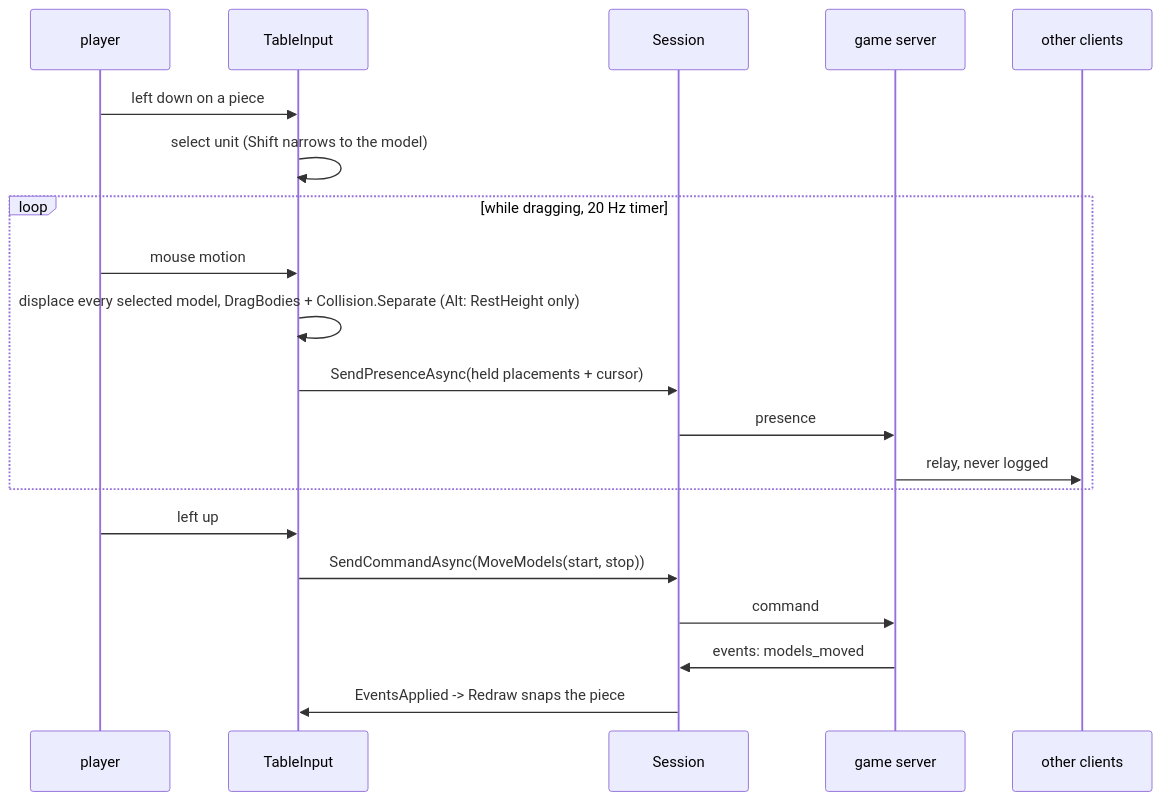
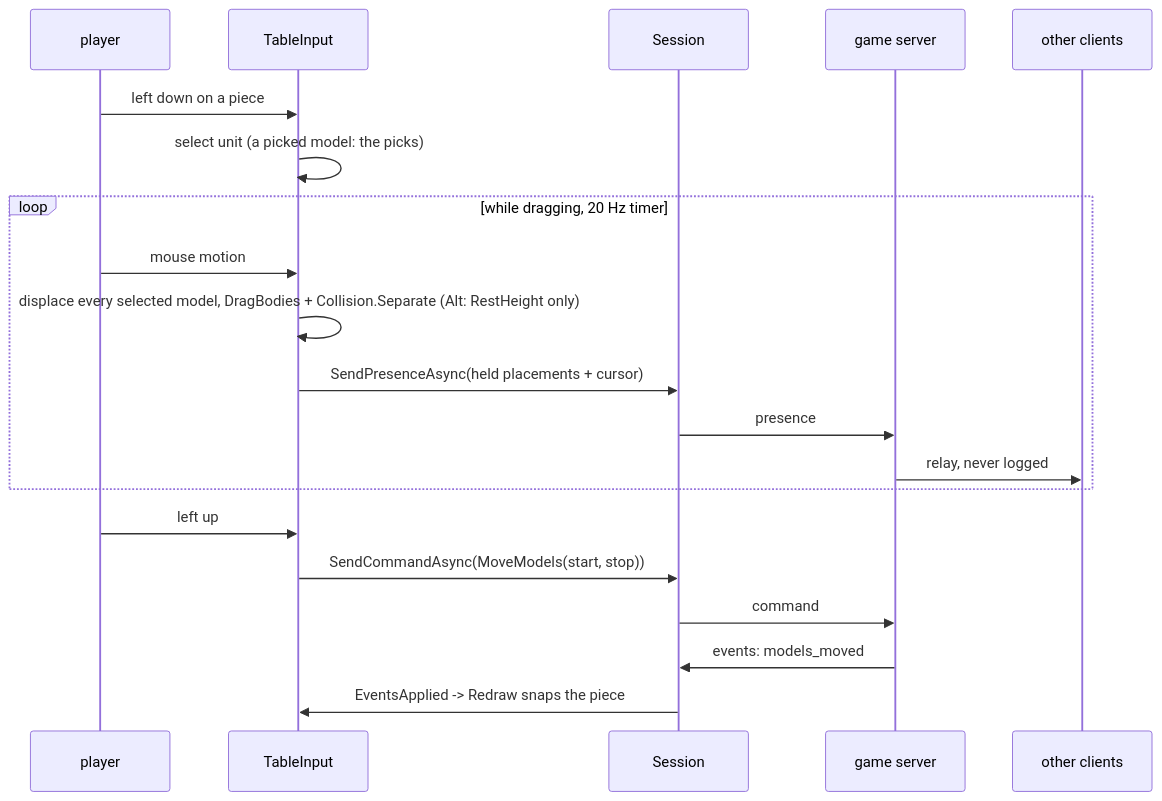
One commit to cstupi/tabletop changed the third of 3 diagrams in docs/design/client/table-view.md. Above: the diagram before and after it, drawn with Mermaid. The commit also changed other lines of this file and 36 other files, not shown here.

````diff
--- a/docs/design/client/table-view.md
+++ b/docs/design/client/table-view.md
@@ -169,22 +169,22 @@
 ```mermaid
 sequenceDiagram
   participant P as player
   participant TI as TableInput
   participant SE as Session
   participant GS as game server
   participant O as other clients
   P->>TI: left down on a piece
-  TI->>TI: select unit (Shift narrows to the model)
+  TI->>TI: select unit (a picked model: the picks)
   loop while dragging, 20 Hz timer
     P->>TI: mouse motion
     TI->>TI: displace every selected model, DragBodies + Collision.Separate (Alt: RestHeight only)
     TI->>SE: SendPresenceAsync(held placements + cursor)
     SE->>GS: presence
     GS->>O: relay, never logged
   end
   P->>TI: left up
   TI->>SE: SendCommandAsync(MoveModels(start, stop))
   SE->>GS: command
   GS->>SE: events: models_moved
   SE->>TI: EventsApplied -> Redraw snaps the piece
 ```
````
